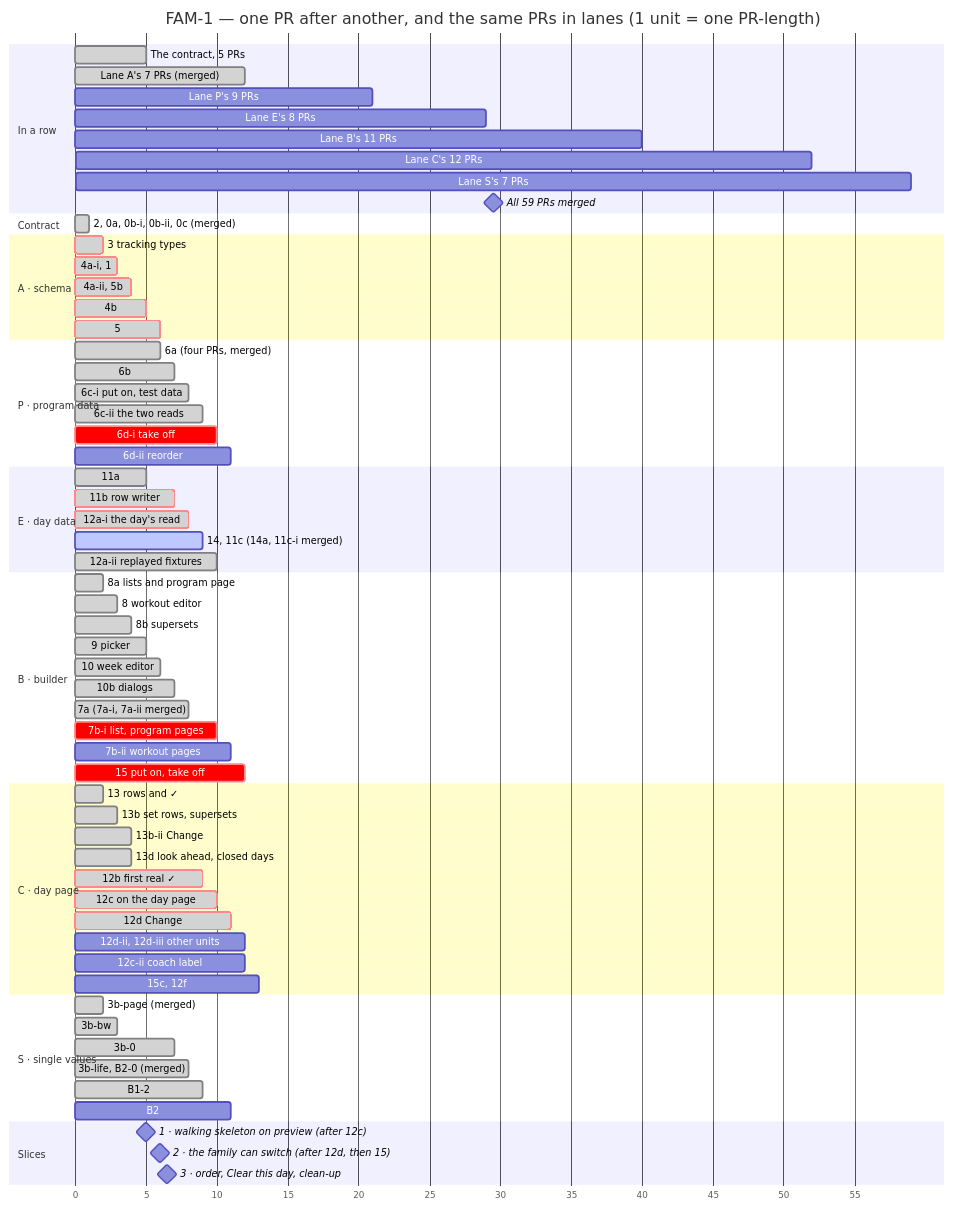
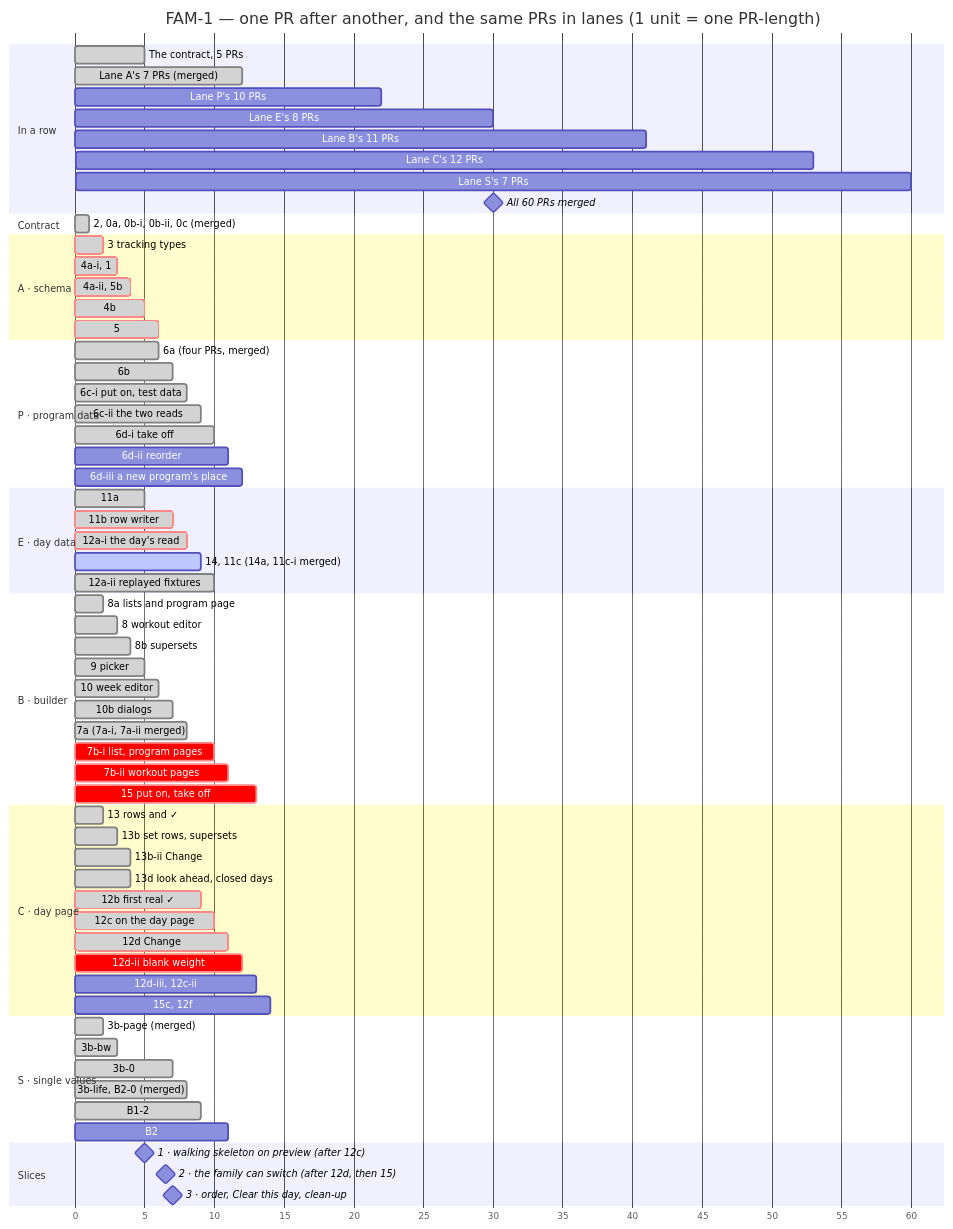
The second of 2 diagrams in docs/milestones/fam-1-family-program.md (ralamode/mat-plan), drawn with Mermaid before and after one commit. The commit also changed other lines of this file and 3 other files, not shown here.

````diff
--- a/docs/milestones/fam-1-family-program.md
+++ b/docs/milestones/fam-1-family-program.md
@@ -260,79 +260,80 @@
 ```mermaid
 gantt
   title FAM-1 — one PR after another, and the same PRs in lanes (1 unit = one PR-length)
   dateFormat X
   axisFormat %s
   todayMarker off
 
   section In a row
   The contract, 5 PRs          :done, r0, 0, 5
   Lane A's 7 PRs (merged)      :done, r1, 5, 12
-  Lane P's 9 PRs               :r2, 12, 21
-  Lane E's 8 PRs               :r3, 21, 29
-  Lane B's 11 PRs              :r4, 29, 40
-  Lane C's 12 PRs              :r5, 40, 52
-  Lane S's 7 PRs               :r6, 52, 59
-  All 59 PRs merged            :milestone, rm, 59, 59
+  Lane P's 10 PRs              :r2, 12, 22
+  Lane E's 8 PRs               :r3, 22, 30
+  Lane B's 11 PRs              :r4, 30, 41
+  Lane C's 12 PRs              :r5, 41, 53
+  Lane S's 7 PRs               :r6, 53, 60
+  All 60 PRs merged            :milestone, rm, 60, 60
 
   section Contract
   2, 0a, 0b-i, 0b-ii, 0c (merged) :done, c0, 0, 1
 
   section A · schema
   3 tracking types             :crit, done, a1, 1, 2
   4a-i, 1                      :crit, done, a2, 2, 3
   4a-ii, 5b                    :crit, done, a3, 3, 4
   4b                           :crit, done, a4, 4, 5
   5                            :crit, done, a5, 5, 6
 
   section P · program data
   6a (four PRs, merged)        :done, p1, 5, 6
   6b                           :done, p2, 6, 7
   6c-i put on, test data       :done, p3, 7, 8
   6c-ii the two reads          :done, p3b, 8, 9
-  6d-i take off                :crit, p4, 9, 10
+  6d-i take off                :done, p4, 9, 10
   6d-ii reorder                :p5, 10, 11
+  6d-iii a new program's place :p6, 11, 12
 
   section E · day data
   11a                          :done, e1, 4, 5
   11b row writer               :crit, done, e2, 5, 7
   12a-i the day's read         :crit, done, e3, 7, 8
   14, 11c (14a, 11c-i merged)  :active, e4, 8, 9
   12a-ii replayed fixtures     :done, e5, 9, 10
 
   section B · builder
   8a lists and program page    :done, b1, 1, 2
   8 workout editor             :done, b2, 2, 3
   8b supersets                 :done, b3, 3, 4
   9 picker                     :done, b4, 4, 5
   10 week editor               :done, b5, 5, 6
   10b dialogs                  :done, b6, 6, 7
   7a (7a-i, 7a-ii merged)      :done, b7, 7, 8
   7b-i list, program pages     :crit, b8, 9, 10
-  7b-ii workout pages          :b8b, 10, 11
-  15 put on, take off          :crit, b9, 11, 12
+  7b-ii workout pages          :crit, b8b, 10, 11
+  15 put on, take off          :crit, b9, 12, 13
 
   section C · day page
   13 rows and ✓                :done, c1, 1, 2
   13b set rows, supersets      :done, c2, 2, 3
   13b-ii Change                :done, c2b, 3, 4
   13d look ahead, closed days  :done, c3, 3, 4
   12b first real ✓             :crit, done, c4, 8, 9
   12c on the day page          :crit, done, c5, 9, 10
   12d Change                   :crit, done, c6, 10, 11
-  12d-ii, 12d-iii other units  :c6b, 11, 12
-  12c-ii coach label           :c6c, 11, 12
-  15c, 12f                     :c7, 12, 13
+  12d-ii blank weight          :crit, c6b, 11, 12
+  12d-iii, 12c-ii              :c6c, 12, 13
+  15c, 12f                     :c7, 13, 14
 
   section S · single values
   3b-page (merged)             :done, s1, 1, 2
   3b-bw                        :done, s2, 2, 3
   3b-0                         :done, s3, 6, 7
   3b-life, B2-0 (merged)       :done, s4, 7, 8
   B1-2                         :done, s5, 8, 9
   B2                           :s6, 10, 11
 
   section Slices
   1 · walking skeleton on preview (after 12c) :milestone, m1, 10, 10
-  2 · the family can switch (after 12d, then 15) :milestone, m2, 12, 12
-  3 · order, Clear this day, clean-up         :milestone, m3, 13, 13
+  2 · the family can switch (after 12d, then 15) :milestone, m2, 13, 13
+  3 · order, Clear this day, clean-up         :milestone, m3, 14, 14
 ```
````
